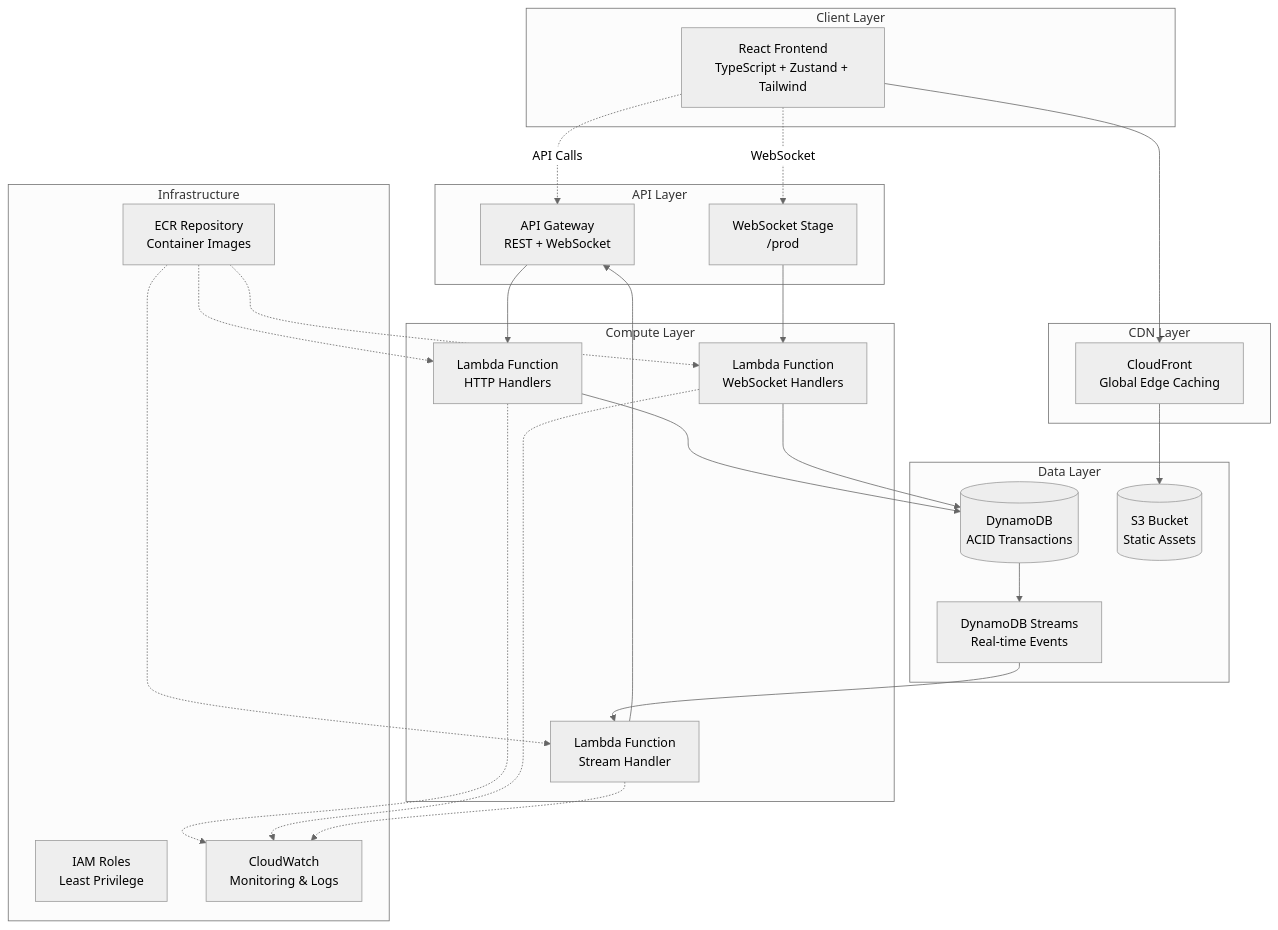
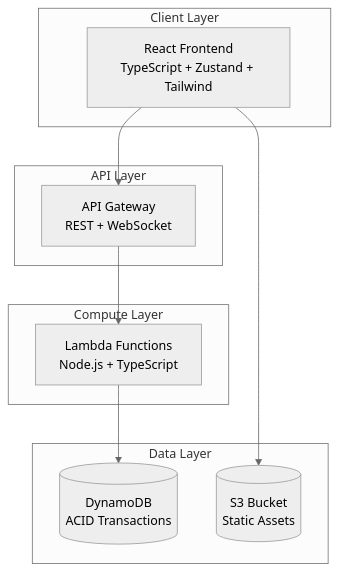
One commit to ahmedashrafsafwat/plasmics-number-acidizer changed the diagram in README.md. Above: the diagram before and after it, drawn with Mermaid (neutral theme). The commit also changed other lines of this file and 4 other files, not shown here.

````diff
--- a/README.md
+++ b/README.md
@@ -17,55 +15,24 @@
 ```mermaid
 graph TB
     subgraph "Client Layer"
         React[React Frontend<br/>TypeScript + Zustand + Tailwind]
     end
 
-    subgraph "CDN Layer"
-        CF[CloudFront<br/>Global Edge Caching]
-    end
-
     subgraph "API Layer"
         APIGW[API Gateway<br/>REST + WebSocket]
-        WSS[WebSocket Stage<br/>/prod]
     end
 
     subgraph "Compute Layer"
-        Lambda1[Lambda Function<br/>HTTP Handlers]
-        Lambda2[Lambda Function<br/>WebSocket Handlers]
-        Lambda3[Lambda Function<br/>Stream Handler]
+        Lambda[Lambda Functions<br/>Node.js + TypeScript]
     end
 
     subgraph "Data Layer"
         DDB[(DynamoDB<br/>ACID Transactions)]
-        DDBStream[DynamoDB Streams<br/>Real-time Events]
         S3[(S3 Bucket<br/>Static Assets)]
     end
 
-    subgraph "Infrastructure"
-        ECR[ECR Repository<br/>Container Images]
-        IAM[IAM Roles<br/>Least Privilege]
-        CW[CloudWatch<br/>Monitoring & Logs]
-    end
-
-    React --> CF
-    CF --> S3
-    React -.->|API Calls| APIGW
-    React -.->|WebSocket| WSS
-
-    APIGW --> Lambda1
-    WSS --> Lambda2
-
-    Lambda1 --> DDB
-    Lambda2 --> DDB
-    DDB --> DDBStream
-    DDBStream --> Lambda3
-    Lambda3 --> APIGW
-
-    Lambda1 -.-> CW
-    Lambda2 -.-> CW
-    Lambda3 -.-> CW
-
-    ECR -.-> Lambda1
-    ECR -.-> Lambda2
-    ECR -.-> Lambda3
+    React --> APIGW
+    APIGW --> Lambda
+    Lambda --> DDB
+    React --> S3
 ```
````
